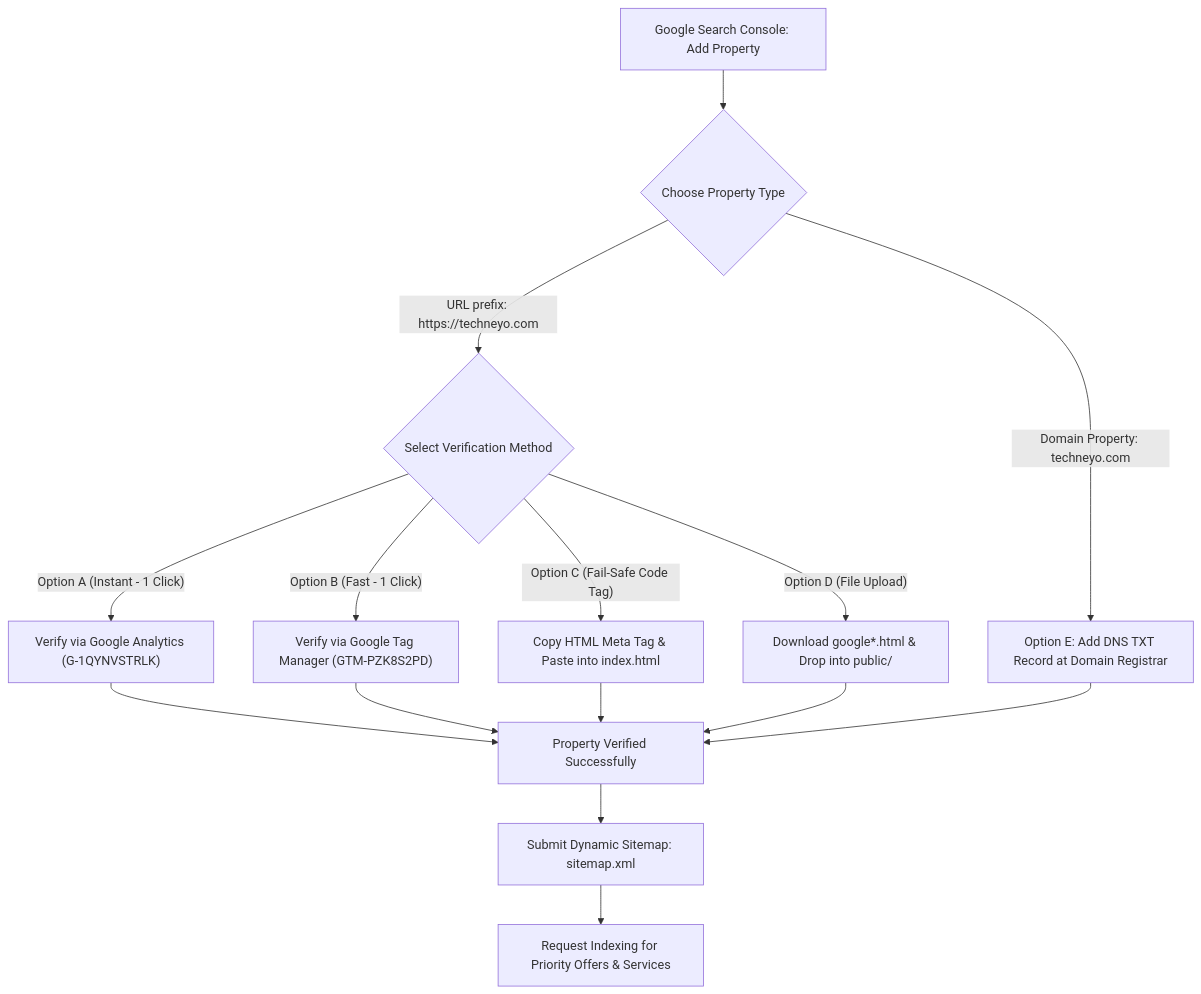
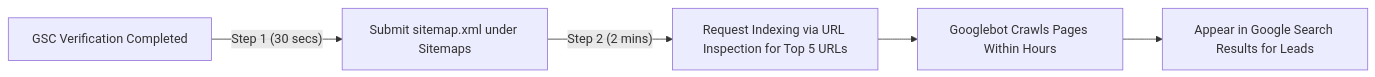
Before and after one commit to rickyriccs/techneyo-portfolio: the second of 2 diagrams in SEO_AUDIT_REPORT.md, drawn with Mermaid. The commit also changed other lines of this file, not shown here.

````diff
--- a/SEO_AUDIT_REPORT.md
+++ b/SEO_AUDIT_REPORT.md
@@ -135,21 +129,7 @@
 ```mermaid
-flowchart TD
-    A["Google Search Console: Add Property"] --> B{"Choose Property Type"}
-    
-    B -->|"URL prefix: https://techneyo.com"| C{"Select Verification Method"}
-    C -->|"Option A (Instant - 1 Click)"| D["Verify via Google Analytics (G-1QYNVSTRLK)"]
-    C -->|"Option B (Fast - 1 Click)"| E["Verify via Google Tag Manager (GTM-PZK8S2PD)"]
-    C -->|"Option C (Fail-Safe Code Tag)"| F["Copy HTML Meta Tag & Paste into index.html"]
-    C -->|"Option D (File Upload)"| G["Download google*.html & Drop into public/"]
-    
-    B -->|"Domain Property: techneyo.com"| H["Option E: Add DNS TXT Record at Domain Registrar"]
-    
-    D --> I["Property Verified Successfully"]
-    E --> I
-    F --> I
-    G --> I
-    H --> I
-    
-    I --> J["Submit Dynamic Sitemap: sitemap.xml"]
-    J --> K["Request Indexing for Priority Offers & Services"]
+flowchart LR
+    A["GSC Verification Completed"] -->|"Step 1 (30 secs)"| B["Submit sitemap.xml under Sitemaps"]
+    B -->|"Step 2 (2 mins)"| C["Request Indexing via URL Inspection for Top 5 URLs"]
+    C --> D["Googlebot Crawls Pages Within Hours"]
+    D --> E["Appear in Google Search Results for Leads"]
 ```
````
